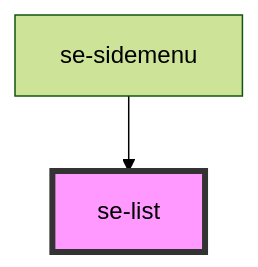
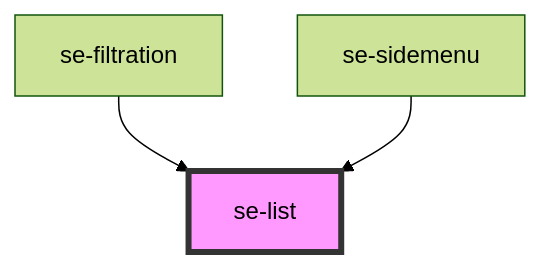
Before and after one commit to robbiemcmullense/se-web-ui: the diagram in libs/core/src/components/list/readme.md, drawn with Mermaid (forest theme). The commit also changed other lines of this file and 6 other files, not shown here.

````diff
--- a/libs/core/src/components/list/readme.md
+++ b/libs/core/src/components/list/readme.md
@@ -40,5 +41,6 @@
 ```mermaid
 graph TD;
+  se-filtration --> se-list
   se-sidemenu --> se-list
   style se-list fill:#f9f,stroke:#333,stroke-width:4px
 ```
````
